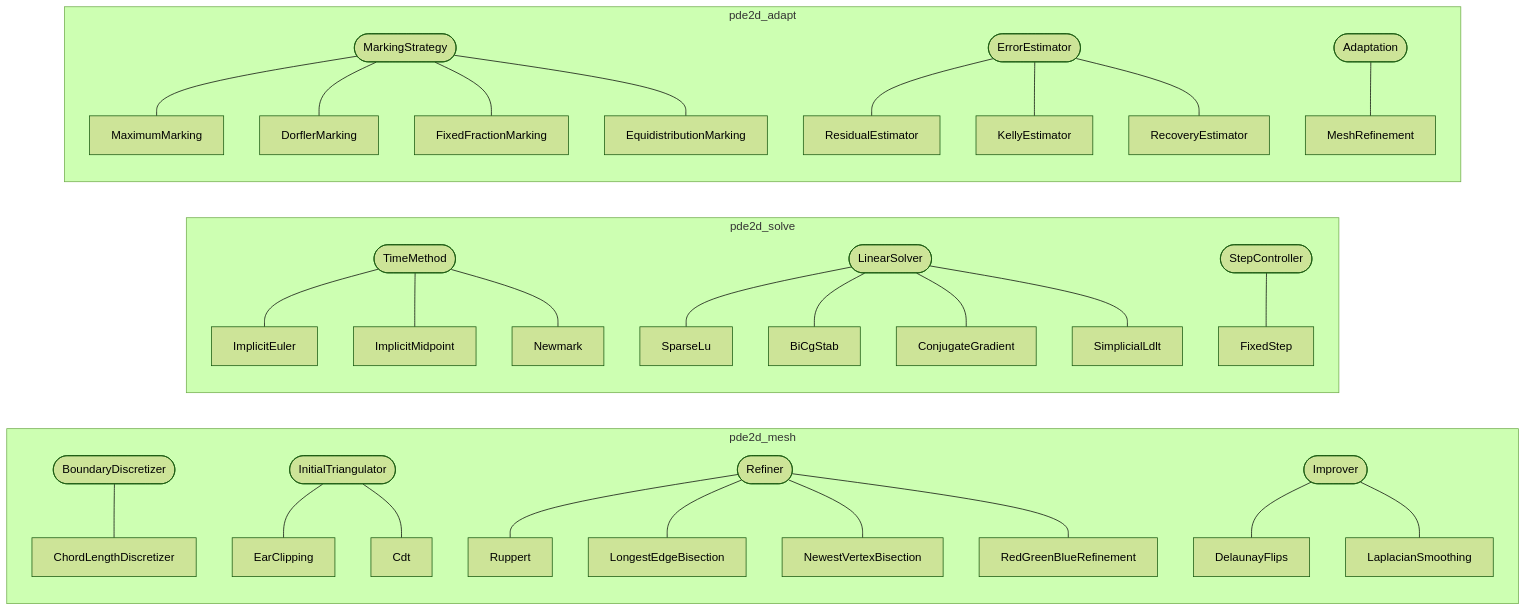
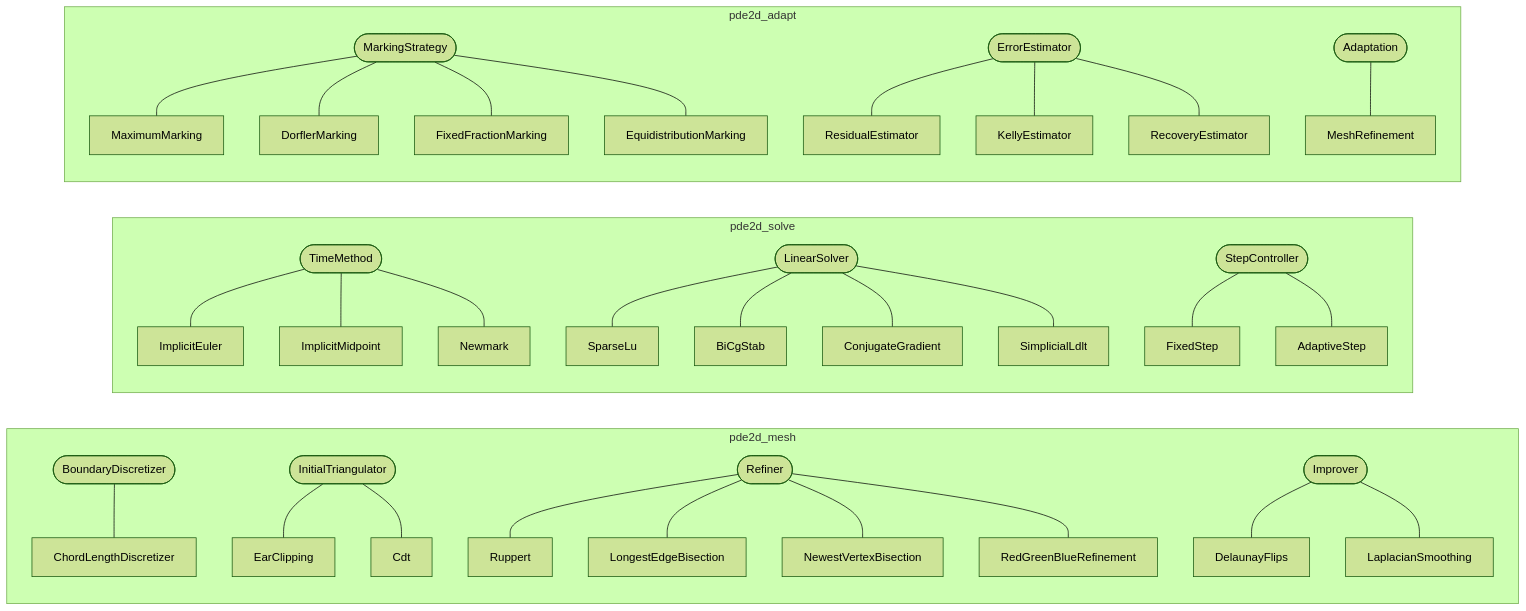
Before and after one commit to dmglushko/2d-pde: diagram 11 of 13 in docs/architecture.md, drawn with Mermaid (forest theme). The commit also changed other lines of this file and 17 other files, not shown here.

First line of the commit message:
solve: error-controlled adaptive time steps (AdaptiveStep)

````diff
--- a/docs/architecture.md
+++ b/docs/architecture.md
@@ -520,34 +521,35 @@
 ```mermaid
 flowchart LR
     subgraph mesh [pde2d_mesh]
         BD([BoundaryDiscretizer]) --- CLD[ChordLengthDiscretizer]
         IT([InitialTriangulator]) --- EAR[EarClipping]
         IT --- CDT[Cdt]
         RF([Refiner]) --- RUP[Ruppert]
         RF --- LEB[LongestEdgeBisection]
         RF --- NVB[NewestVertexBisection]
         RF --- RGB[RedGreenBlueRefinement]
         IMP([Improver]) --- DF[DelaunayFlips]
         IMP --- LS[LaplacianSmoothing]
     end
     subgraph solve [pde2d_solve]
         TMI([TimeMethod]) --- IE[ImplicitEuler]
         TMI --- IM[ImplicitMidpoint]
         TMI --- NM[Newmark]
         LSI([LinearSolver]) --- SLU[SparseLu]
         LSI --- BCG[BiCgStab]
         LSI --- CG[ConjugateGradient]
         LSI --- LDLT[SimplicialLdlt]
         SCI([StepController]) --- FS[FixedStep]
+        SCI --- AS[AdaptiveStep]
     end
     subgraph adapt [pde2d_adapt]
         MKS([MarkingStrategy]) --- MXM[MaximumMarking]
         MKS --- DRM[DorflerMarking]
         MKS --- FFM[FixedFractionMarking]
         MKS --- EQM[EquidistributionMarking]
         EST([ErrorEstimator]) --- RES[ResidualEstimator]
         EST --- KEL[KellyEstimator]
         EST --- REC[RecoveryEstimator]
         ADP([Adaptation]) --- MR[MeshRefinement]
     end
 ```
````
